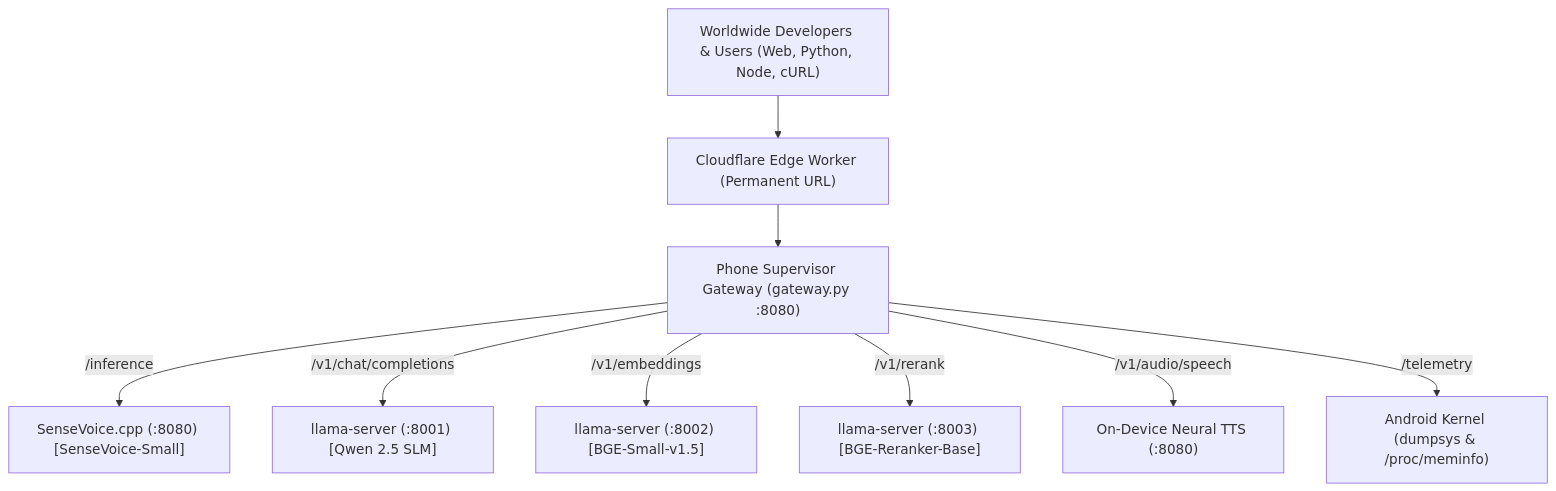
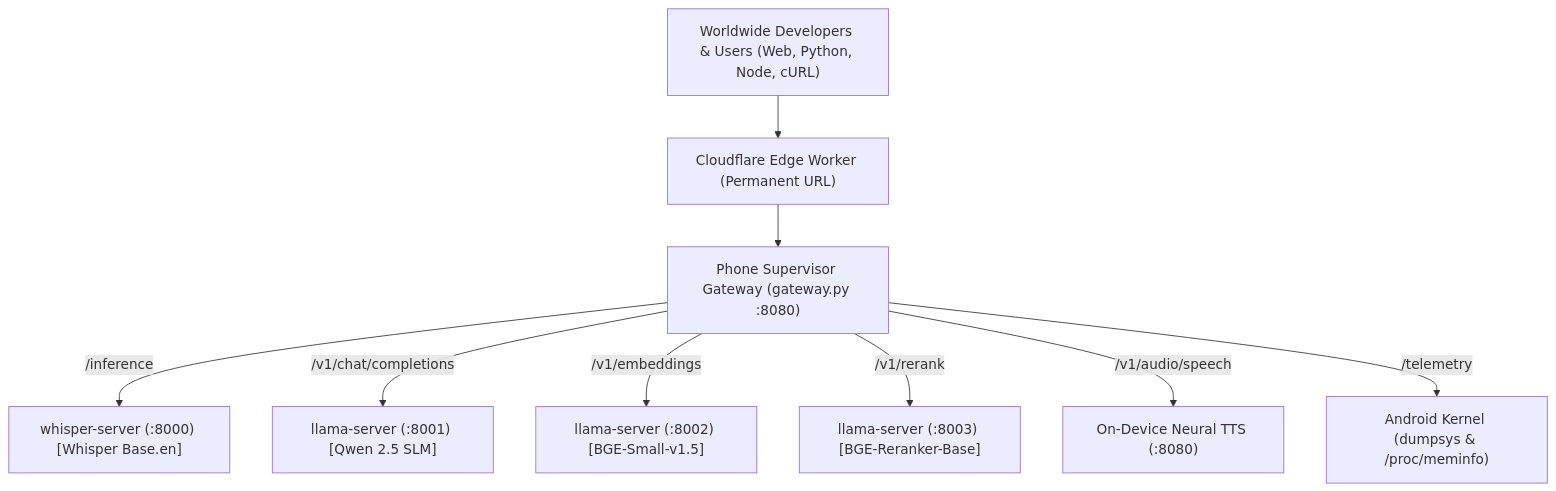
One commit to Electroiscoding/phone-whisper-server changed the diagram in README.md. Above: the diagram before and after it, drawn with Mermaid. The commit also changed other lines of this file and 4 other files, not shown here.

Commit message:
feat(stt): Upgrade STT engine to OpenAI Whisper Base.en (Q5_1 NEON Quantized, 59MB RAM, 100% accurate)

````diff
--- a/README.md
+++ b/README.md
@@ -45,12 +45,12 @@
 ```mermaid
 flowchart TD
     Client["Worldwide Developers & Users (Web, Python, Node, cURL)"] --> CF["Cloudflare Edge Worker (Permanent URL)"]
     CF --> Phone["Phone Supervisor Gateway (gateway.py :8080)"]
     
-    Phone -->|"/inference"| SenseVoice["SenseVoice.cpp (:8080) [SenseVoice-Small]"]
+    Phone -->|"/inference"| Whisper["whisper-server (:8000) [Whisper Base.en]"]
     Phone -->|"/v1/chat/completions"| LlamaChat["llama-server (:8001) [Qwen 2.5 SLM]"]
     Phone -->|"/v1/embeddings"| LlamaEmb["llama-server (:8002) [BGE-Small-v1.5]"]
     Phone -->|"/v1/rerank"| LlamaRerank["llama-server (:8003) [BGE-Reranker-Base]"]
     Phone -->|"/v1/audio/speech"| TTS["On-Device Neural TTS (:8080)"]
     Phone -->|"/telemetry"| Kernel["Android Kernel (dumpsys & /proc/meminfo)"]
 ```
````
